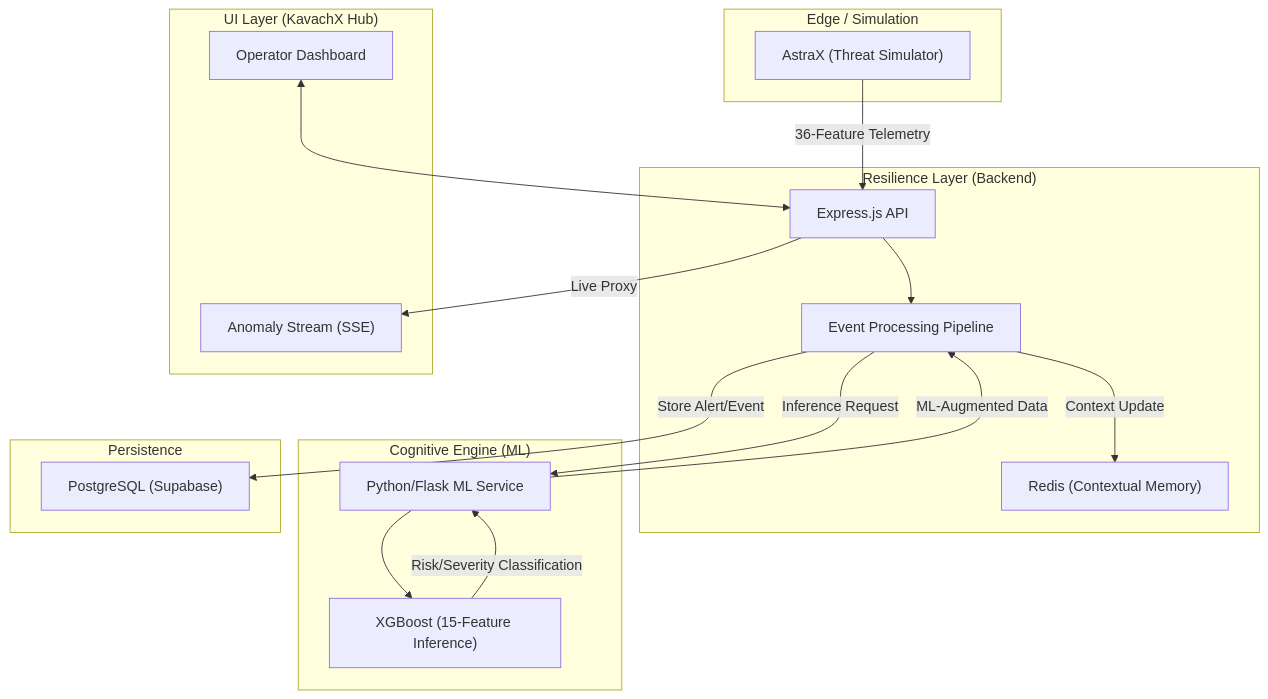
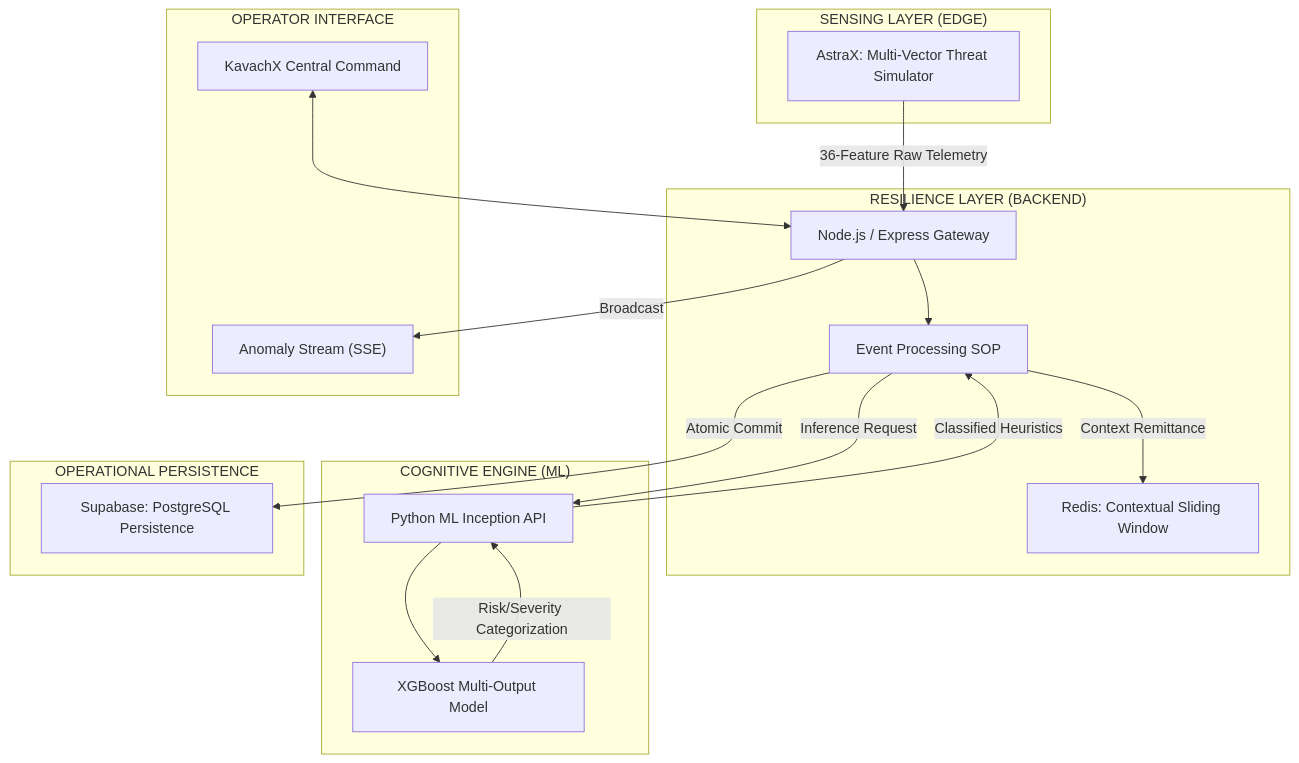
Before and after one commit to Nitantjain21022006/KavachX: the diagram in README.md, drawn with Mermaid. The commit also changed other lines of this file, not shown here.

````diff
--- a/README.md
+++ b/README.md
@@ -16,37 +24,37 @@
 ```mermaid
 graph TD
-    subgraph "Edge / Simulation"
-        AstraX["AstraX (Threat Simulator)"]
+    subgraph "SENSING LAYER (EDGE)"
+        AstraX["AstraX: Multi-Vector Threat Simulator"]
     end
 
-    subgraph "Resilience Layer (Backend)"
-        API["Express.js API"]
-        Redis["Redis (Contextual Memory)"]
-        EventProc["Event Processing Pipeline"]
+    subgraph "RESILIENCE LAYER (BACKEND)"
+        API["Node.js / Express Gateway"]
+        Redis["Redis: Contextual Sliding Window"]
+        EventProc["Event Processing SOP"]
     end
 
-    subgraph "Cognitive Engine (ML)"
-        MLApp["Python/Flask ML Service"]
-        XGB["XGBoost (15-Feature Inference)"]
+    subgraph "COGNITIVE ENGINE (ML)"
+        MLService["Python ML Inception API"]
+        XGB["XGBoost Multi-Output Model"]
     end
 
-    subgraph "UI Layer (KavachX Hub)"
-        Dashboard["Operator Dashboard"]
-        LiveFeed["Anomaly Stream (SSE)"]
+    subgraph "OPERATIONAL PERSISTENCE"
+        DB["Supabase: PostgreSQL Persistence"]
     end
 
-    subgraph "Persistence"
-        DB["PostgreSQL (Supabase)"]
+    subgraph "OPERATOR INTERFACE"
+        Dashboard["KavachX Central Command"]
+        Alerts["Anomaly Stream (SSE)"]
     end
 
-    AstraX -- "36-Feature Telemetry" --> API
+    AstraX -- "36-Feature Raw Telemetry" --> API
     API --> EventProc
-    EventProc -- "Context Update" --> Redis
-    EventProc -- "Inference Request" --> MLApp
-    MLApp --> XGB
-    XGB -- "Risk/Severity Classification" --> MLApp
-    MLApp -- "ML-Augmented Data" --> EventProc
-    EventProc -- "Store Alert/Event" --> DB
+    EventProc -- "Context Remittance" --> Redis
+    EventProc -- "Inference Request" --> MLService
+    MLService --> XGB
+    XGB -- "Risk/Severity Categorization" --> MLService
+    MLService -- "Classified Heuristics" --> EventProc
+    EventProc -- "Atomic Commit" --> DB
     Dashboard <--> API
-    API -- "Live Proxy" --> LiveFeed
+    API -- "Broadcast" --> Alerts
 ```
````
